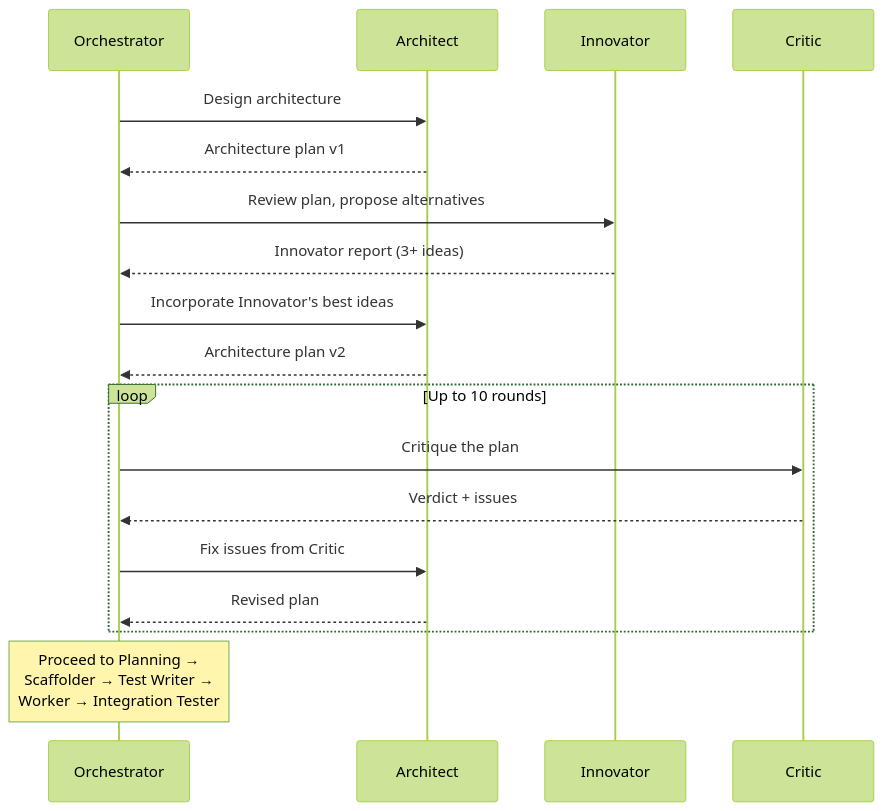
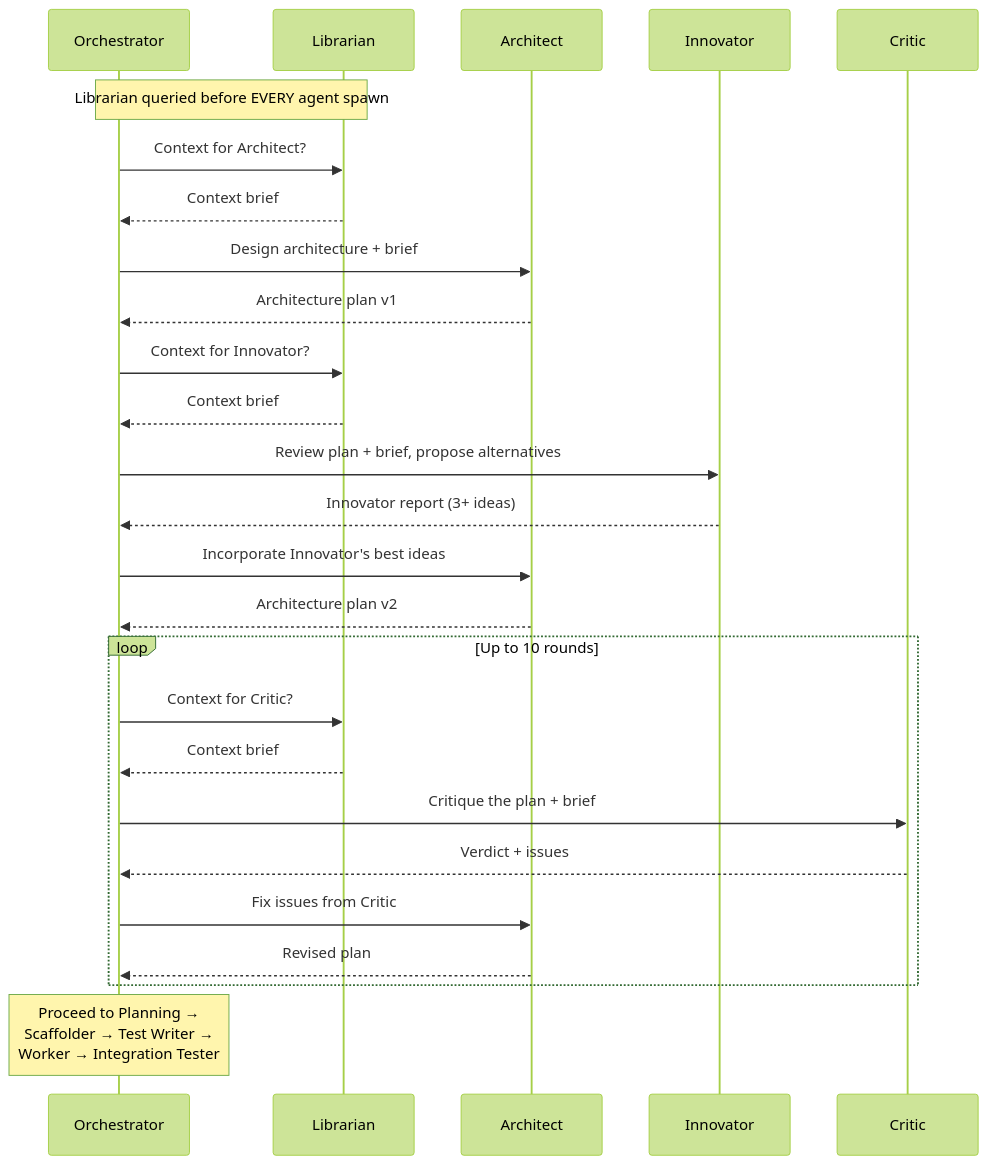
The fourth of 4 diagrams in AGENTS.md (Doumajnik/template), drawn with Mermaid (forest theme) before and after one commit. The commit also changed other lines of this file and 8 other files, not shown here.

````diff
--- a/AGENTS.md
+++ b/AGENTS.md
@@ -166,21 +172,29 @@
 ```mermaid
 sequenceDiagram
     participant O as Orchestrator
+    participant LIB as Librarian
     participant A as Architect
     participant IN as Innovator
     participant C as Critic
 
-    O->>A: Design architecture
+    Note over O,LIB: Librarian queried before EVERY agent spawn
+    O->>LIB: Context for Architect?
+    LIB-->>O: Context brief
+    O->>A: Design architecture + brief
     A-->>O: Architecture plan v1
-    O->>IN: Review plan, propose alternatives
+    O->>LIB: Context for Innovator?
+    LIB-->>O: Context brief
+    O->>IN: Review plan + brief, propose alternatives
     IN-->>O: Innovator report (3+ ideas)
     O->>A: Incorporate Innovator's best ideas
     A-->>O: Architecture plan v2
     loop Up to 10 rounds
-        O->>C: Critique the plan
+        O->>LIB: Context for Critic?
+        LIB-->>O: Context brief
+        O->>C: Critique the plan + brief
         C-->>O: Verdict + issues
         O->>A: Fix issues from Critic
         A-->>O: Revised plan
     end
     Note over O: Proceed to Planning →<br/>Scaffolder → Test Writer →<br/>Worker → Integration Tester
 ```
````
